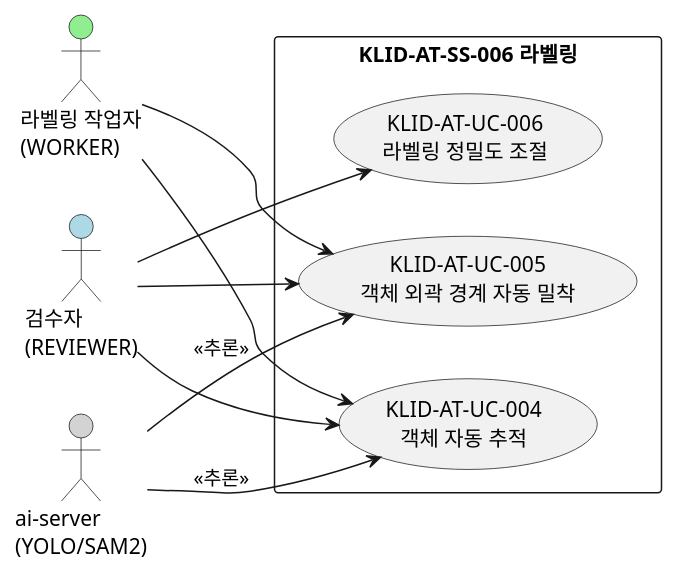
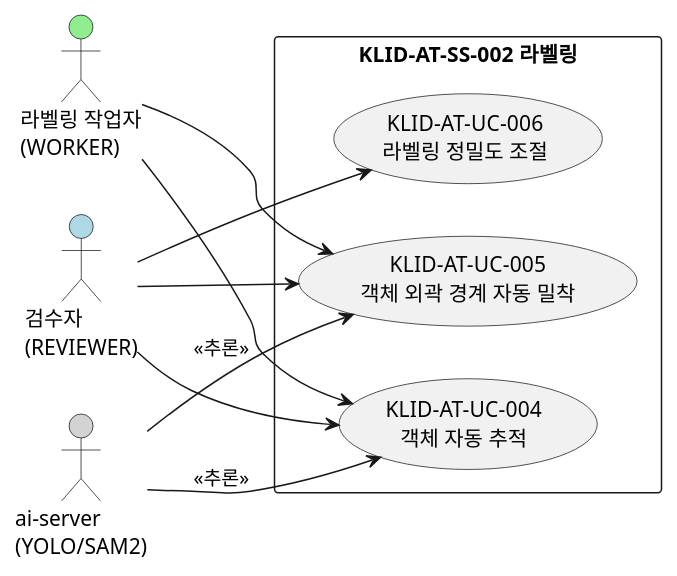
One commit to New-stella/klid-label changed the second of 4 diagrams in docs/design/R2-유스케이스명세서.md. Above: the diagram before and after it, drawn with PlantUML. The commit also changed other lines of this file, not shown here.

````diff
--- a/docs/design/R2-유스케이스명세서.md
+++ b/docs/design/R2-유스케이스명세서.md
@@ -85,24 +81,24 @@
 ```plantuml
 @startuml KLID-AT-UCD-002
 left to right direction
 skinparam packageStyle rectangle
 
 actor "라벨링 작업자\n(WORKER)" as WORKER #LightGreen
 actor "검수자\n(REVIEWER)" as REVIEWER #LightBlue
 actor "ai-server\n(YOLO/SAM2)" as AISERVER #LightGray
 
-rectangle "KLID-AT-SS-006 라벨링" {
+rectangle "KLID-AT-SS-002 라벨링" {
   usecase "KLID-AT-UC-004\n객체 자동 추적" as UC004
   usecase "KLID-AT-UC-005\n객체 외곽 경계 자동 밀착" as UC005
   usecase "KLID-AT-UC-006\n라벨링 정밀도 조절" as UC006
 }
 
 WORKER --> UC004
 WORKER --> UC005
 REVIEWER --> UC004
 REVIEWER --> UC005
 REVIEWER --> UC006
 AISERVER --> UC004 : <<추론>>
 AISERVER --> UC005 : <<추론>>
 @enduml
 ```
````
